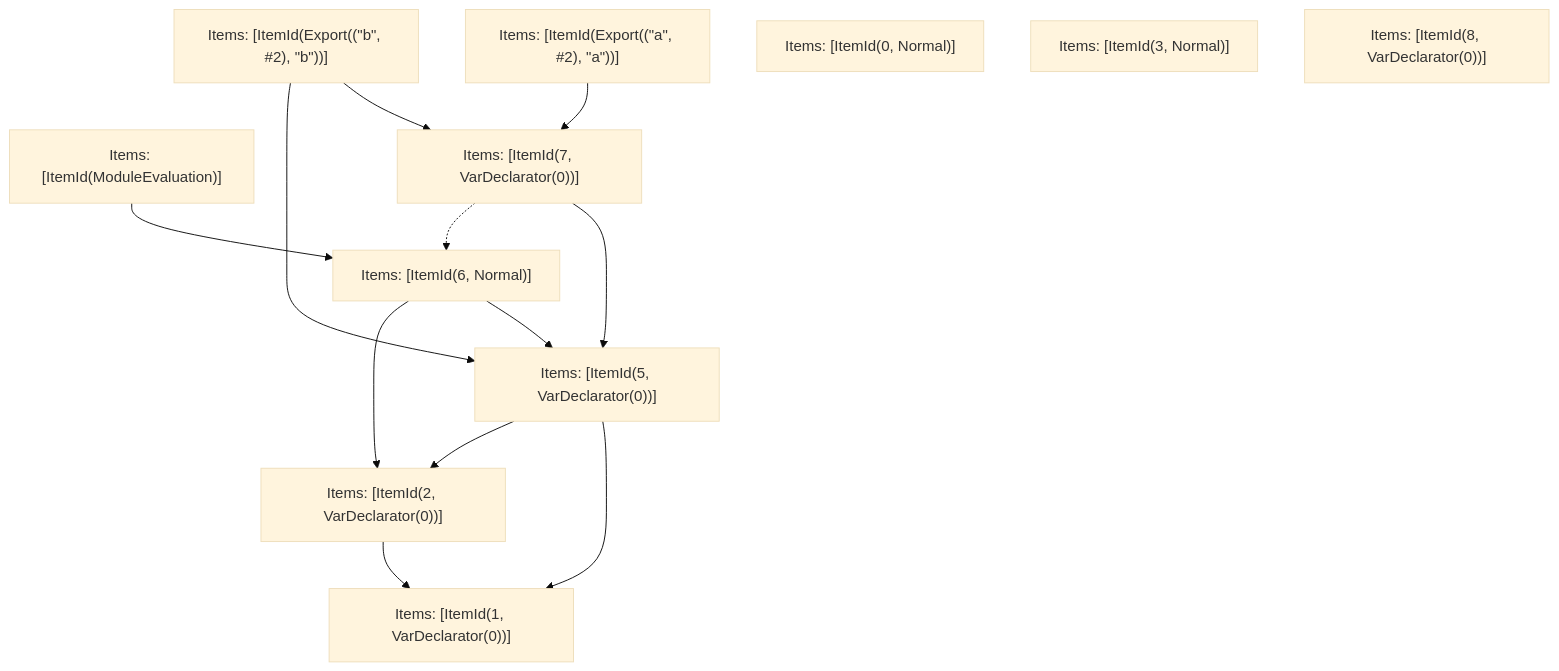
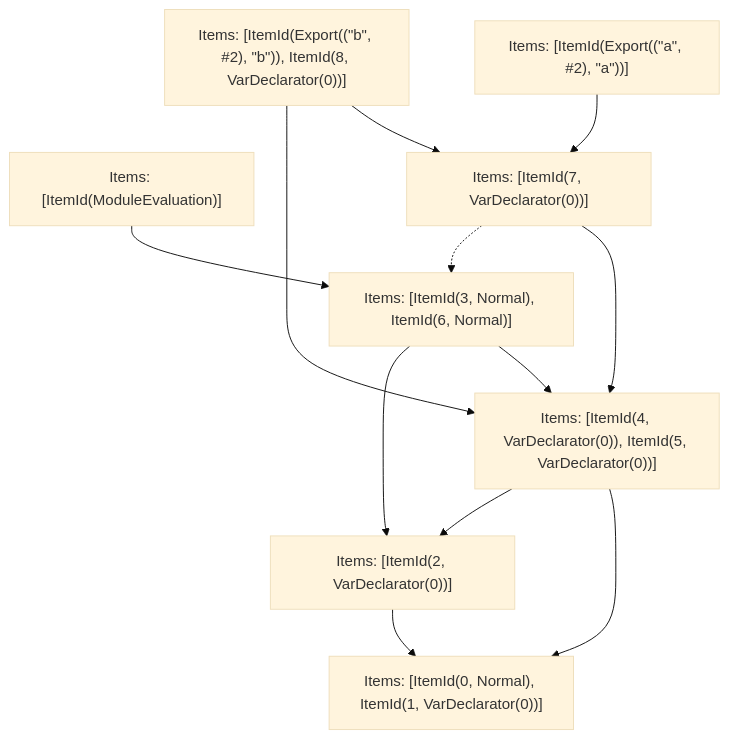
Before and after one commit to Sonar-UX-Testing-FreePlan/next.js: the fifth of 5 diagrams in turbopack/crates/turbopack-ecmascript/tests/tree-shaker/analyzer/shared-and-side-effects/output.md, drawn with Mermaid (base theme). The commit also changed other lines of this file and 38 other files, not shown here.

````diff
--- a/turbopack/crates/turbopack-ecmascript/tests/tree-shaker/analyzer/shared-and-side-effects/output.md
+++ b/turbopack/crates/turbopack-ecmascript/tests/tree-shaker/analyzer/shared-and-side-effects/output.md
@@ -227,25 +227,22 @@
 ```mermaid
 graph TD
     N0["Items: [ItemId(ModuleEvaluation)]"];
     N1["Items: [ItemId(Export((&quot;a&quot;, #2), &quot;a&quot;))]"];
-    N2["Items: [ItemId(Export((&quot;b&quot;, #2), &quot;b&quot;))]"];
-    N3["Items: [ItemId(1, VarDeclarator(0))]"];
+    N2["Items: [ItemId(Export((&quot;b&quot;, #2), &quot;b&quot;)), ItemId(8, VarDeclarator(0))]"];
+    N3["Items: [ItemId(0, Normal), ItemId(1, VarDeclarator(0))]"];
     N4["Items: [ItemId(2, VarDeclarator(0))]"];
-    N5["Items: [ItemId(5, VarDeclarator(0))]"];
-    N6["Items: [ItemId(6, Normal)]"];
+    N5["Items: [ItemId(3, Normal), ItemId(6, Normal)]"];
+    N6["Items: [ItemId(4, VarDeclarator(0)), ItemId(5, VarDeclarator(0))]"];
     N7["Items: [ItemId(7, VarDeclarator(0))]"];
-    N8["Items: [ItemId(0, Normal)]"];
-    N9["Items: [ItemId(3, Normal)]"];
-    N10["Items: [ItemId(8, VarDeclarator(0))]"];
     N1 --> N7;
     N4 --> N3;
-    N0 --> N6;
-    N5 --> N3;
+    N0 --> N5;
+    N6 --> N3;
+    N6 --> N4;
+    N2 --> N7;
+    N5 --> N6;
     N5 --> N4;
-    N2 --> N7;
-    N6 --> N5;
-    N6 --> N4;
-    N7 --> N5;
-    N7 -.-> N6;
-    N2 --> N5;
+    N7 --> N6;
+    N7 -.-> N5;
+    N2 --> N6;
 ```
````
